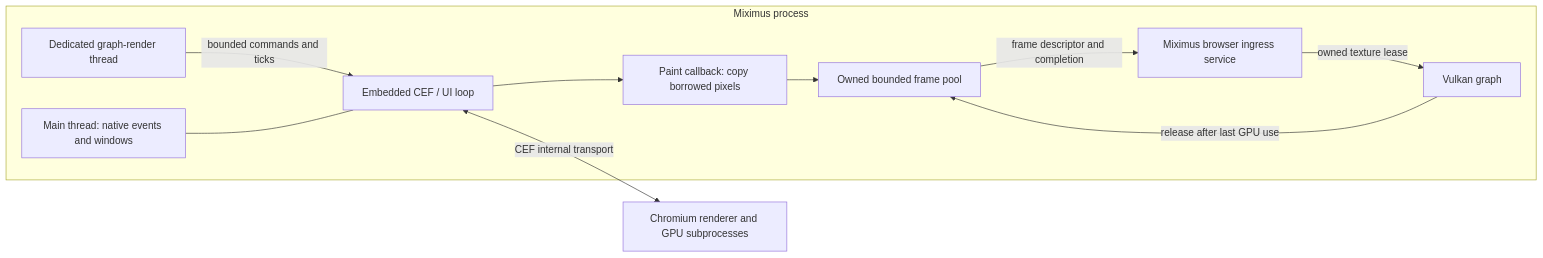
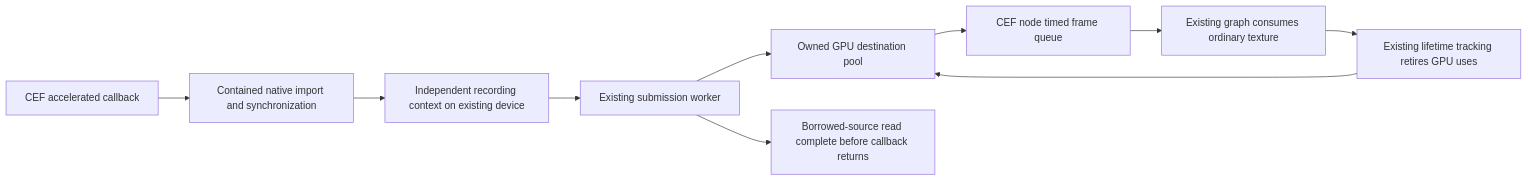
One commit to loveolsson/miximus changed the diagram in docs/cef-browser-sources.md. Above: the diagram before and after it, drawn with Mermaid. The commit also changed other lines of this file, not shown here.

Commit message:
docs: constrain CEF plan to accelerated delivery and existing architecture

````diff
--- a/docs/cef-browser-sources.md
+++ b/docs/cef-browser-sources.md
@@ -372,14 +472,12 @@
 ```mermaid
 flowchart LR
-    subgraph M[Miximus process]
-    E[Main thread: native events and windows]
-    G[Dedicated graph-render thread] -->|bounded commands and ticks| H[Embedded CEF / UI loop]
-    E --- H
-    H --> C[Paint callback: copy borrowed pixels]
-    C --> P[Owned bounded frame pool]
-    P -->|frame descriptor and completion| I[Miximus browser ingress service]
-    I -->|owned texture lease| V[Vulkan graph]
-    V -->|release after last GPU use| P
-    end
-    H <-->|CEF internal transport| R[Chromium renderer and GPU subprocesses]
+    C[CEF accelerated callback] --> I[Contained native import and synchronization]
+    I --> R[Independent recording context on existing device]
+    R --> S[Existing submission worker]
+    S --> P[Owned GPU destination pool]
+    S --> W[Borrowed-source read complete before callback returns]
+    P --> Q[CEF node timed frame queue]
+    Q --> G[Existing graph consumes ordinary texture]
+    G --> F[Existing lifetime tracking retires GPU uses]
+    F --> P
 ```
````
